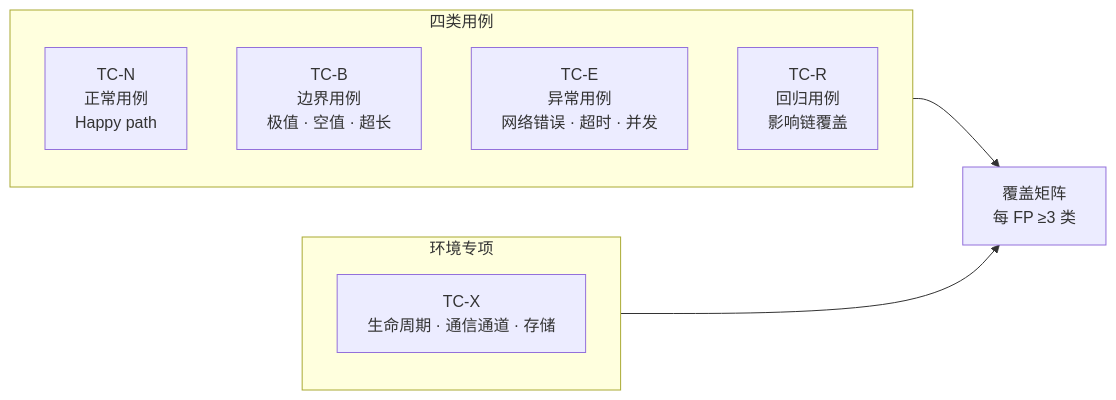
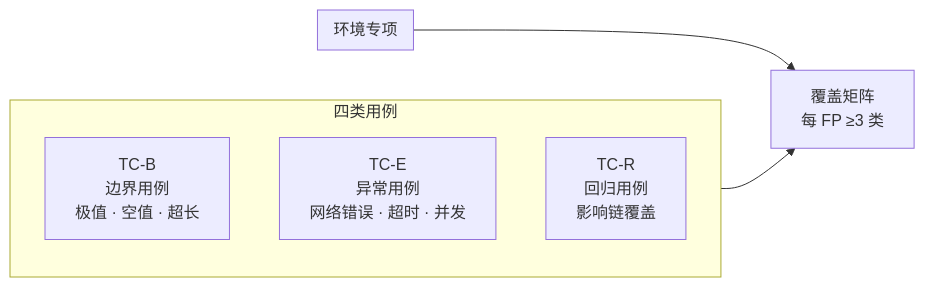
Before and after one commit to effiy/YrY: the third of 8 diagrams in agents/tester.md, drawn with Mermaid. The commit also changed other lines of this file and 42 other files, not shown here.

First line of the commit message:
feat: apply Mermaid authoring rules (M1-M12) across entire codebase

````diff
--- a/agents/tester.md
+++ b/agents/tester.md
@@ -84,15 +94,16 @@
 ```mermaid
 flowchart LR
     subgraph 四类["四类用例"]
-        TN["TC-N<br/>正常用例<br/>Happy path"]:::n
+        direction TB
         TB["TC-B<br/>边界用例<br/>极值 · 空值 · 超长"]:::b
         TE["TC-E<br/>异常用例<br/>网络错误 · 超时 · 并发"]:::e
         TR["TC-R<br/>回归用例<br/>影响链覆盖"]:::r
     end
     subgraph 环境["环境专项"]
-        TX["TC-X<br/>生命周期 · 通信通道 · 存储"]:::x
+        direction TB
     end
     四类 --> MATRIX["覆盖矩阵<br/>每 FP ≥3 类"]:::out
     环境 --> MATRIX
 
+
 ```
````
